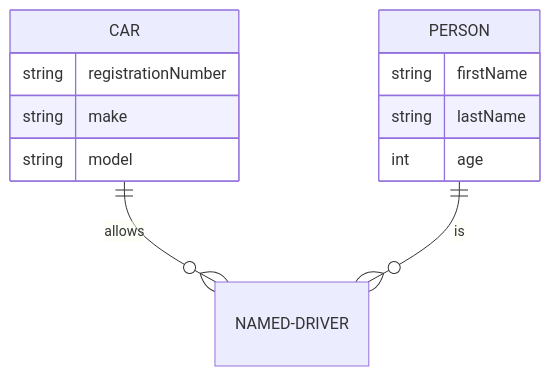
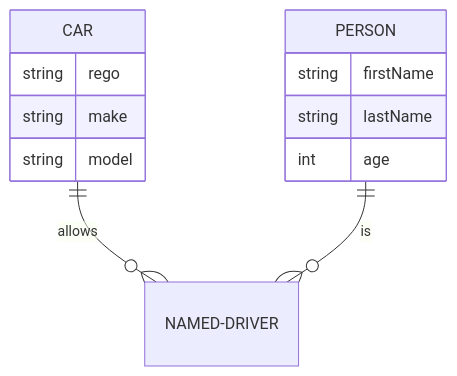
The first of 2 diagrams in m32ynIuVMOOdkGeI-WVIn.md (zorfling/gitfeatures-spec), drawn with Mermaid before and after one commit. The commit also changed other lines of this file, not shown here.

````diff
--- a/m32ynIuVMOOdkGeI-WVIn.md
+++ b/m32ynIuVMOOdkGeI-WVIn.md
@@ -9,15 +9,15 @@
 ```mermaid
 erDiagram
     CAR ||--o{ NAMED-DRIVER : allows
     CAR {
-        string registrationNumber
+        string rego
         string make
         string model
     }
     PERSON ||--o{ NAMED-DRIVER : is
     PERSON {
         string firstName
         string lastName
         int age
     }
 ```
````
